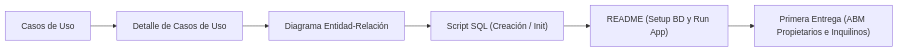
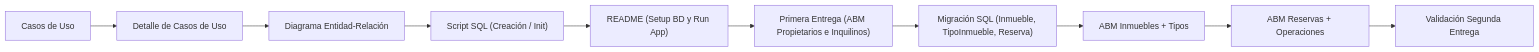
One commit to EmanuelAngel/inmobiliaria-angel changed the second of 2 diagrams in docs/tareas/edt.md. Above: the diagram before and after it, drawn with Mermaid. The commit also changed other lines of this file, not shown here.

Commit message:
docs(edt): agregar desglose de trabajo correspondiente a la segunda entrega

````diff
--- a/docs/tareas/edt.md
+++ b/docs/tareas/edt.md
@@ -50,8 +74,12 @@
 ```mermaid
 flowchart LR
     CU["Casos de Uso"] --> DET_CU["Detalle de Casos de Uso"]
     DET_CU --> DER["Diagrama Entidad-Relación"]
     DER --> SQL["Script SQL (Creación / Init)"]
     SQL --> DOC["README (Setup BD y Run App)"]
     DOC --> DEV1["Primera Entrega (ABM Propietarios e Inquilinos)"]
+    DEV1 --> MIG["Migración SQL (Inmueble, TipoInmueble, Reserva)"]
+    MIG --> DEV2_I["ABM Inmuebles + Tipos"]
+    DEV2_I --> DEV2_R["ABM Reservas + Operaciones"]
+    DEV2_R --> DEV2_VAL["Validación Segunda Entrega"]
 ```
````
